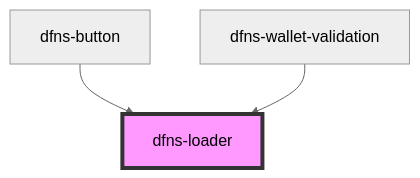
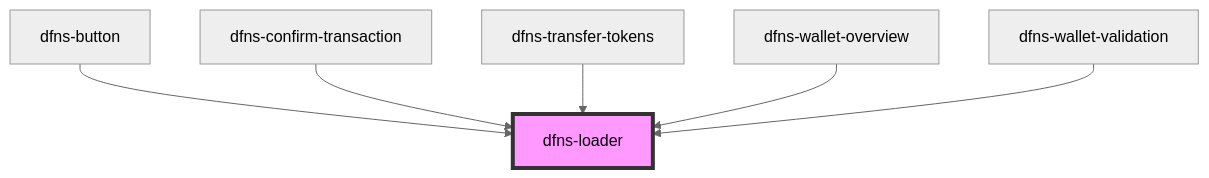
The diagram in src/components/Elements/LoaderDfns/dfns-loader/readme.md (dfnsext/web-ui), drawn with Mermaid (neutral theme) before and after one commit. The commit also changed other lines of this file and 94 other files, not shown here.

````diff
--- a/src/components/Elements/LoaderDfns/dfns-loader/readme.md
+++ b/src/components/Elements/LoaderDfns/dfns-loader/readme.md
@@ -24,6 +27,9 @@
 ```mermaid
 graph TD;
   dfns-button --> dfns-loader
+  dfns-confirm-transaction --> dfns-loader
+  dfns-transfer-tokens --> dfns-loader
+  dfns-wallet-overview --> dfns-loader
   dfns-wallet-validation --> dfns-loader
   style dfns-loader fill:#f9f,stroke:#333,stroke-width:4px
 ```
````
